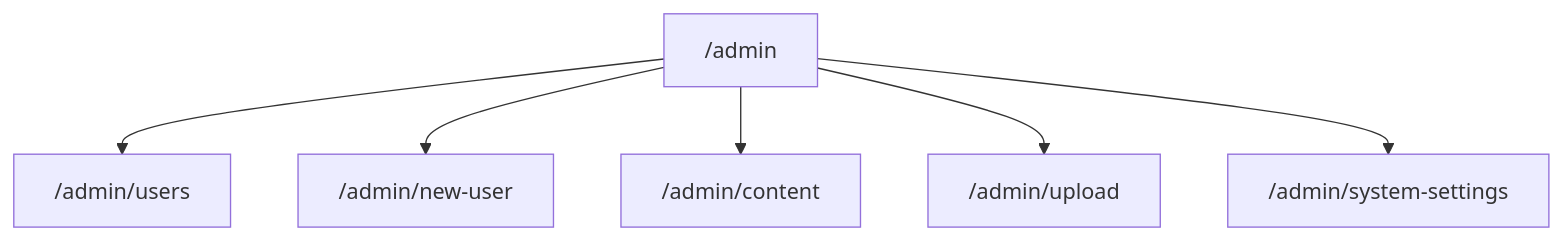
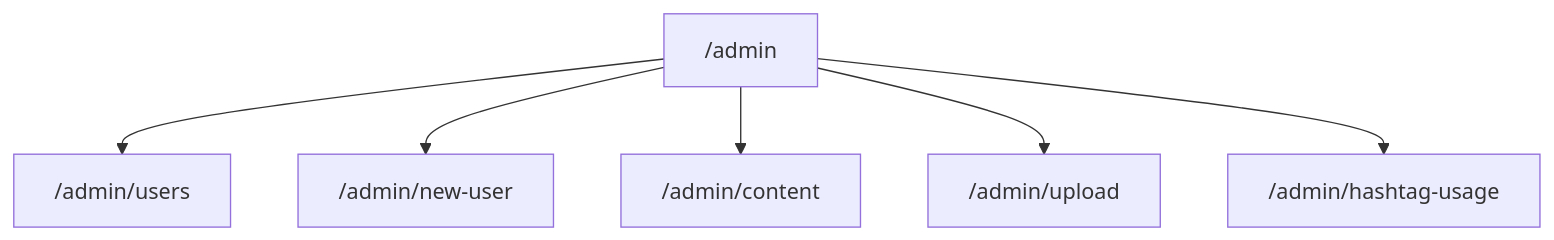
The fourth of 17 diagrams in apps/web/ARCHITECTURE.md (remarcmij/taalwiz-mono), drawn with Mermaid before and after one commit. The commit also changed other lines of this file and 14 other files, not shown here.

First line of the commit message:
chore: remove unused admin system-settings feature

````diff
--- a/apps/web/ARCHITECTURE.md
+++ b/apps/web/ARCHITECTURE.md
@@ -214,9 +213,9 @@
 ```mermaid
 flowchart TD
     admin_r["/admin"]
     admin_r --> users["/admin/users"]
     admin_r --> new_user["/admin/new-user"]
     admin_r --> admin_content["/admin/content"]
     admin_r --> upload["/admin/upload"]
-    admin_r --> settings["/admin/system-settings"]
+    admin_r --> hashtag_usage["/admin/hashtag-usage"]
 ```
````
